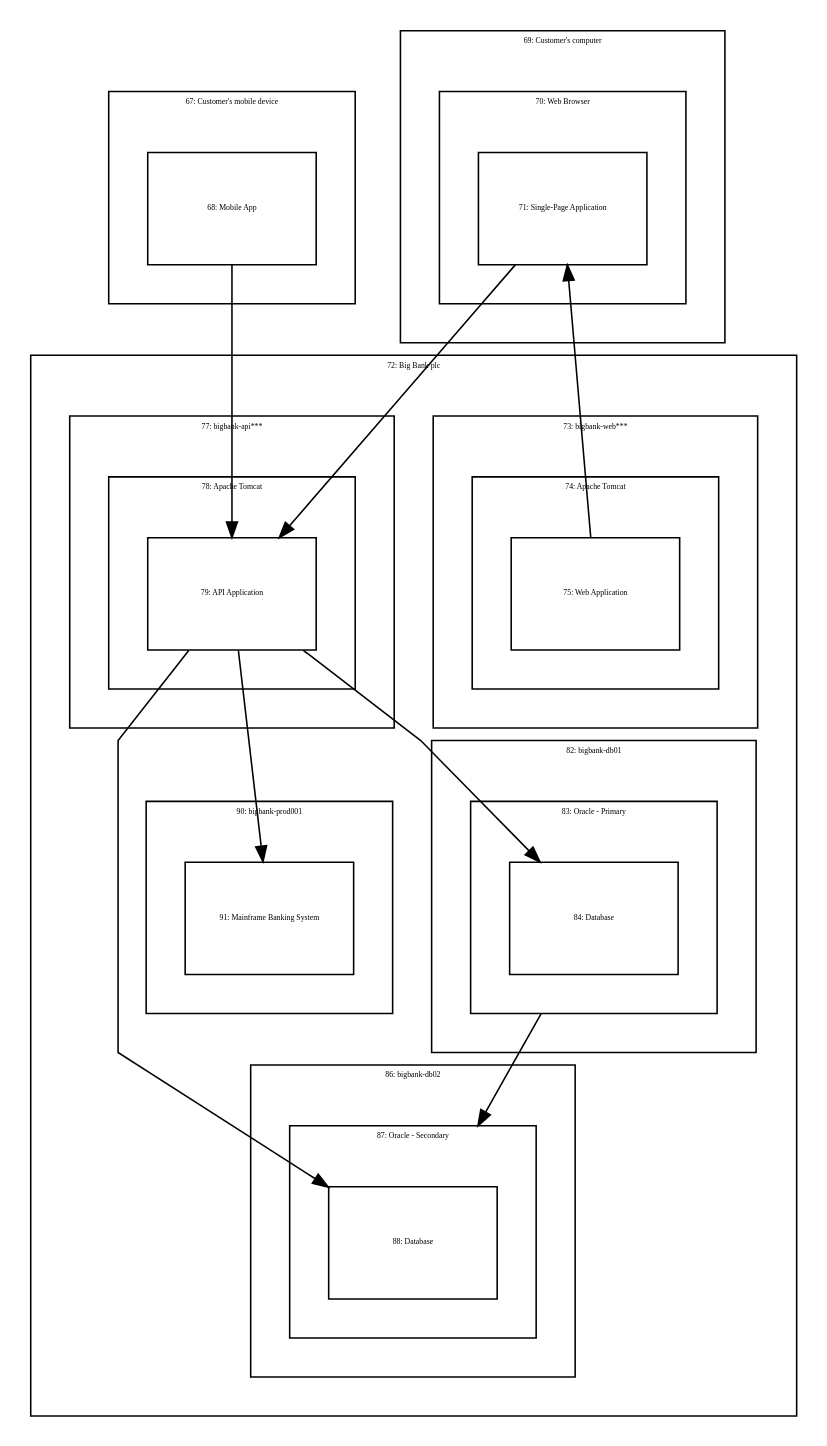
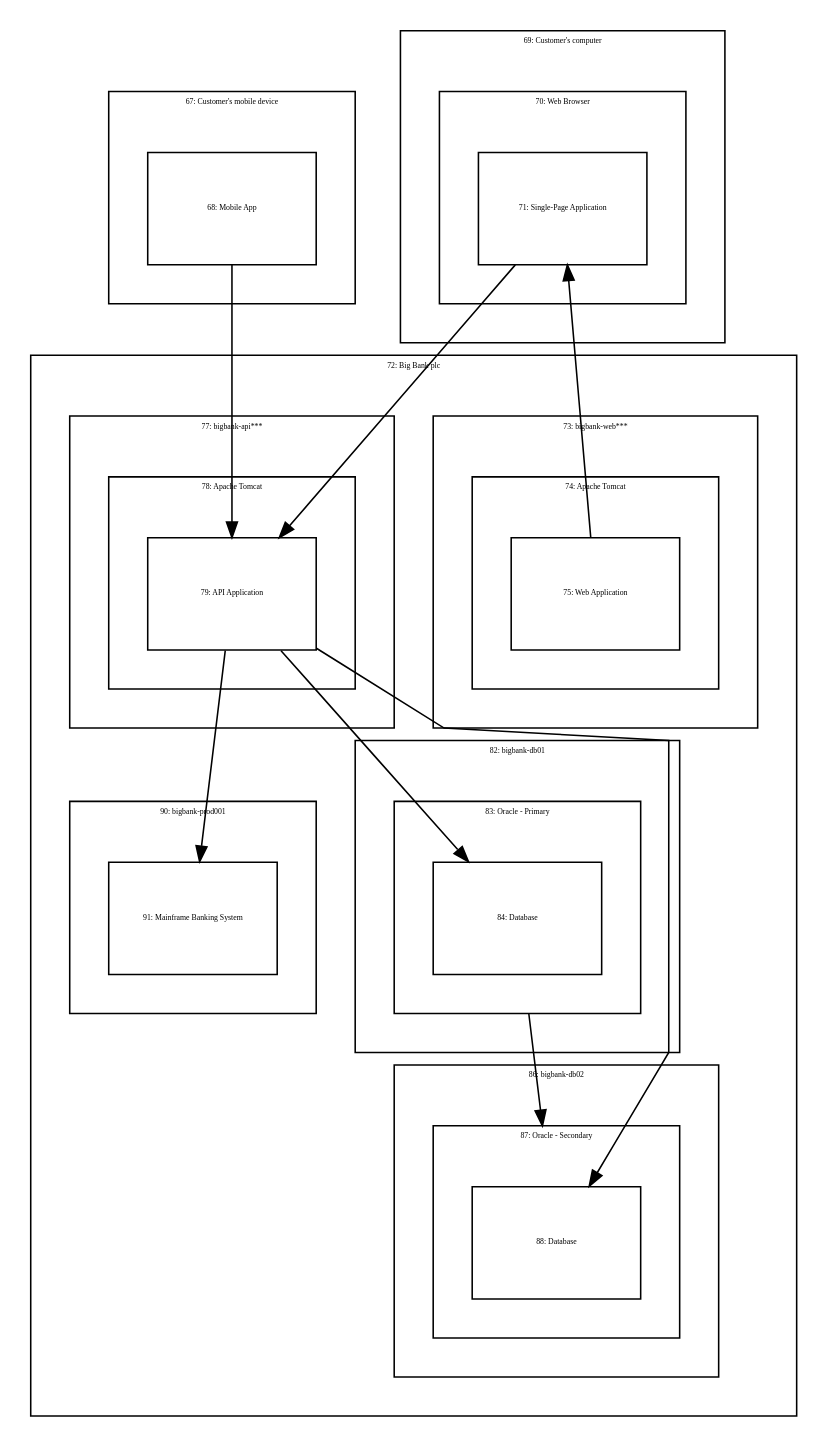
Before and after one commit to dwhelan/c4-big-bank-plc: the diagram in graphviz/LiveDeployment.dot, drawn with Graphviz. The commit also changed 22 other files, not shown here.

Commit message:
complete Merck weekly report dynamic diagram

```diff
--- a/graphviz/LiveDeployment.dot
+++ b/graphviz/LiveDeployment.dot
@@ -1,74 +1,74 @@
 digraph {
   compound=true
   graph [splines=polyline,rankdir=TB,ranksep=1.0,nodesep=1.0,fontsize=5]
   node [shape=box,fontsize=5]
   edge []
 
 subgraph cluster_67 {
   margin=25
   label="67: Customer's mobile device"
   68 [width=1.500000,height=1.000000,fixedsize=true,id=68,label="68: Mobile App"]
 }
 subgraph cluster_69 {
   margin=25
   label="69: Customer's computer"
   subgraph cluster_70 {
     margin=25
     label="70: Web Browser"
     71 [width=1.500000,height=1.000000,fixedsize=true,id=71,label="71: Single-Page Application"]
   }
 }
 subgraph cluster_72 {
   margin=25
   label="72: Big Bank plc"
-  subgraph cluster_86 {
-    margin=25
-    label="86: bigbank-db02"
-    subgraph cluster_87 {
-      margin=25
-      label="87: Oracle - Secondary"
-      88 [width=1.500000,height=1.000000,fixedsize=true,id=88,label="88: Database"]
-    }
-  }
-  subgraph cluster_77 {
-    margin=25
-    label="77: bigbank-api***"
-    subgraph cluster_78 {
-      margin=25
-      label="78: Apache Tomcat"
-      79 [width=1.500000,height=1.000000,fixedsize=true,id=79,label="79: API Application"]
-    }
-  }
   subgraph cluster_90 {
     margin=25
     label="90: bigbank-prod001"
     91 [width=1.500000,height=1.000000,fixedsize=true,id=91,label="91: Mainframe Banking System"]
   }
   subgraph cluster_82 {
     margin=25
     label="82: bigbank-db01"
     subgraph cluster_83 {
       margin=25
       label="83: Oracle - Primary"
       84 [width=1.500000,height=1.000000,fixedsize=true,id=84,label="84: Database"]
     }
   }
   subgraph cluster_73 {
     margin=25
     label="73: bigbank-web***"
     subgraph cluster_74 {
       margin=25
       label="74: Apache Tomcat"
       75 [width=1.500000,height=1.000000,fixedsize=true,id=75,label="75: Web Application"]
     }
   }
+  subgraph cluster_77 {
+    margin=25
+    label="77: bigbank-api***"
+    subgraph cluster_78 {
+      margin=25
+      label="78: Apache Tomcat"
+      79 [width=1.500000,height=1.000000,fixedsize=true,id=79,label="79: API Application"]
+    }
+  }
+  subgraph cluster_86 {
+    margin=25
+    label="86: bigbank-db02"
+    subgraph cluster_87 {
+      margin=25
+      label="87: Oracle - Secondary"
+      88 [width=1.500000,height=1.000000,fixedsize=true,id=88,label="88: Database"]
+    }
+  }
 }
 
   84 -> 88 [id=93,ltail=cluster_83,lhead=cluster_87]
-  71 -> 79 [id=80]
+  68 -> 79 [id=80]
+  71 -> 79 [id=81]
   79 -> 91 [id=92]
-  68 -> 79 [id=81]
   75 -> 71 [id=76]
   79 -> 84 [id=85]
   79 -> 88 [id=89]
 }
```
